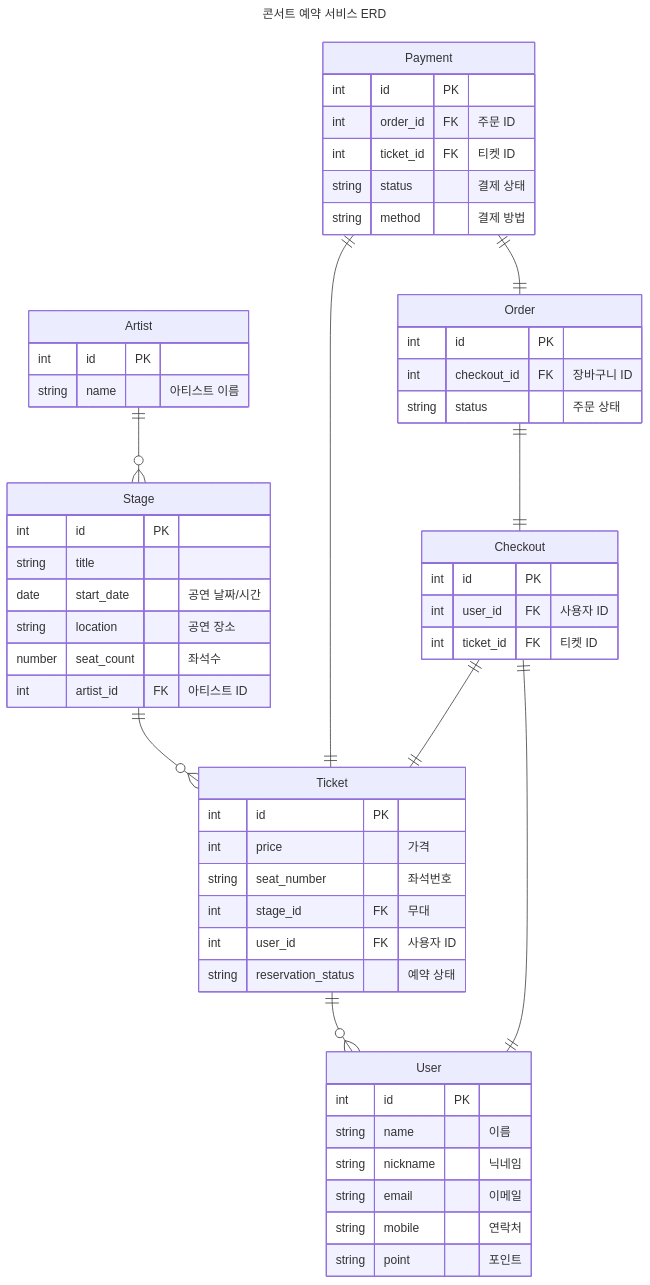
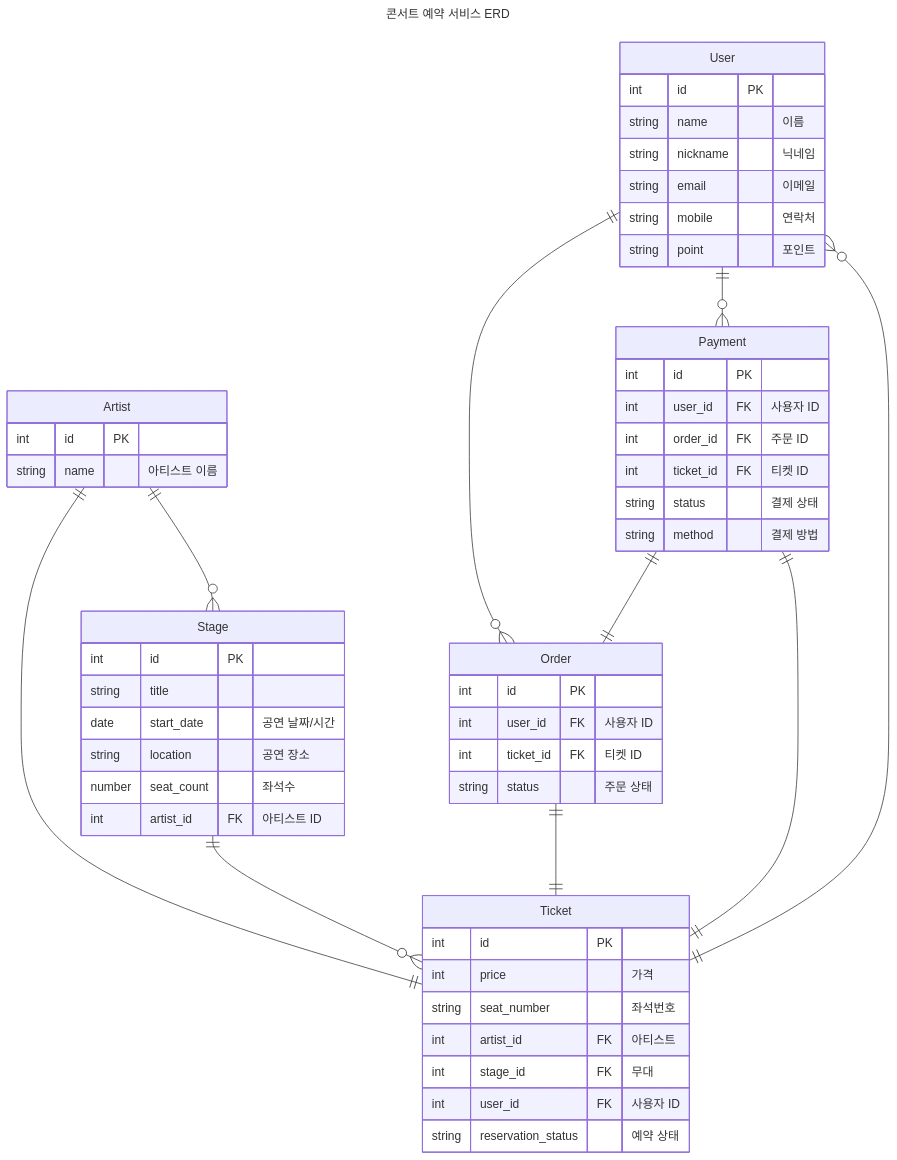
One commit to kimkyeseung/hhplus-server-nest changed the diagram in README.md. Above: the diagram before and after it, drawn with Mermaid. The commit also changed other lines of this file, not shown here.

Commit message:
refact: ERD 개선

````diff
--- a/README.md
+++ b/README.md
@@ -36,60 +37,59 @@
 ```mermaid
 ---
 title: 콘서트 예약 서비스 ERD
 ---
 erDiagram
     User {
         int id PK
         string name "이름"
         string nickname "닉네임"
         string email "이메일"
         string mobile "연락처"
         string point "포인트"
     }
     Artist {
         int id PK
         string name "아티스트 이름"
     }
     Stage {
         int id PK
         string title
         date start_date "공연 날짜/시간"
         string location "공연 장소"
         number seat_count "좌석수"
         int artist_id FK "아티스트 ID"
     }
     Ticket {
         int id PK
         int price "가격"
         string seat_number "좌석번호"
+        int artist_id FK "아티스트"
         int stage_id FK "무대"
         int user_id FK "사용자 ID"
         string reservation_status "예약 상태"
     }
-    Checkout {
+    Order {
         int id PK
         int user_id FK "사용자 ID"
         int ticket_id FK "티켓 ID"
-    }
-    Order {
-        int id PK
-        int checkout_id FK "장바구니 ID"
         string status "주문 상태"
     }
     Payment {
         int id PK
+        int user_id FK "사용자 ID"
         int order_id FK "주문 ID"
         int ticket_id FK "티켓 ID"
         string status "결제 상태"
         string method "결제 방법"
     }
     Ticket ||--o{ User: ""
     Stage ||--o{ Ticket: ""
-    Checkout ||--|| User: ""
-    Checkout ||--|| Ticket: ""
+    User ||--o{ Order: ""
+    User ||--o{ Payment: ""
+    Order ||--|| Ticket: ""
+    Artist ||--|| Ticket: ""
     Artist ||--o{ Stage : ""
-    Order ||--|| Checkout: ""
     Payment ||--|| Order: ""
     Payment ||--|| Ticket: ""
 
 ```
````
